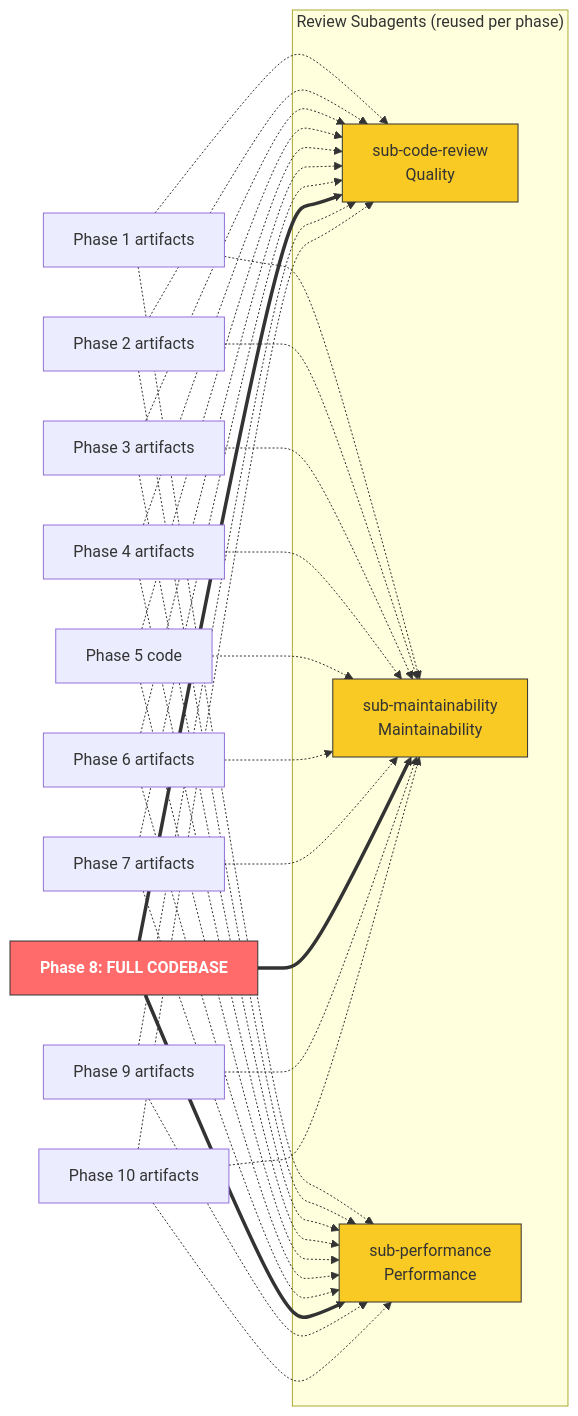
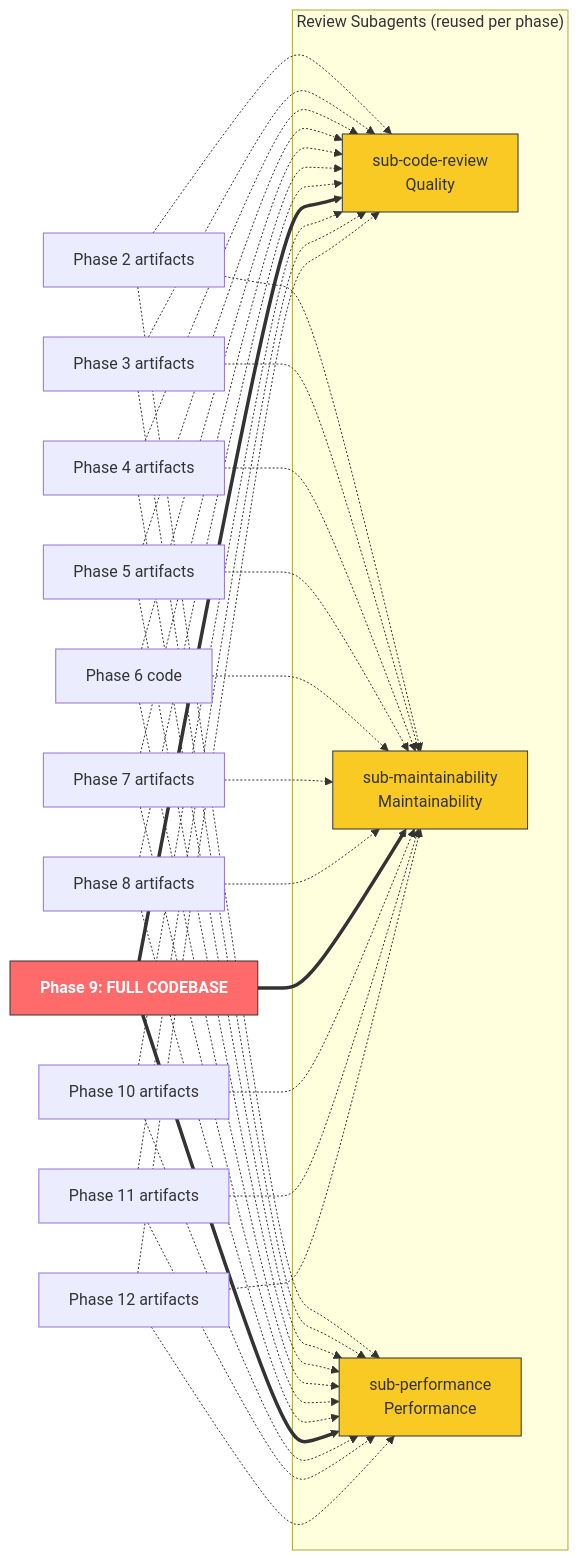
The second of 7 diagrams in docs/agent-graph.md (bitbitcodes/autonomous-sdlc), drawn with Mermaid before and after one commit. The commit also changed other lines of this file and 131 other files, not shown here.

````diff
--- a/docs/agent-graph.md
+++ b/docs/agent-graph.md
@@ -114,24 +136,25 @@
 ```mermaid
 graph LR
     subgraph "Review Subagents (reused per phase)"
         R1["sub-code-review<br/>Quality"]
         R2["sub-maintainability<br/>Maintainability"]
         R3["sub-performance<br/>Performance"]
     end
 
-    P1["Phase 1 artifacts"] -.-> R1 & R2 & R3
     P2["Phase 2 artifacts"] -.-> R1 & R2 & R3
     P3["Phase 3 artifacts"] -.-> R1 & R2 & R3
     P4["Phase 4 artifacts"] -.-> R1 & R2 & R3
-    P5["Phase 5 code"] -.-> R1 & R2 & R3
-    P6["Phase 6 artifacts"] -.-> R1 & R2 & R3
+    P5["Phase 5 artifacts"] -.-> R1 & R2 & R3
+    P6["Phase 6 code"] -.-> R1 & R2 & R3
     P7["Phase 7 artifacts"] -.-> R1 & R2 & R3
-    P8["Phase 8: FULL CODEBASE"] ==> R1 & R2 & R3
-    P9["Phase 9 artifacts"] -.-> R1 & R2 & R3
+    P8["Phase 8 artifacts"] -.-> R1 & R2 & R3
+    P9["Phase 9: FULL CODEBASE"] ==> R1 & R2 & R3
     P10["Phase 10 artifacts"] -.-> R1 & R2 & R3
+    P11["Phase 11 artifacts"] -.-> R1 & R2 & R3
+    P12["Phase 12 artifacts"] -.-> R1 & R2 & R3
 
-    style P8 fill:#ff6b6b,stroke:#333,color:#fff,font-weight:bold
+    style P9 fill:#ff6b6b,stroke:#333,color:#fff,font-weight:bold
     style R1 fill:#f9ca24,stroke:#333,color:#333
     style R2 fill:#f9ca24,stroke:#333,color:#333
     style R3 fill:#f9ca24,stroke:#333,color:#333
 ```
````
